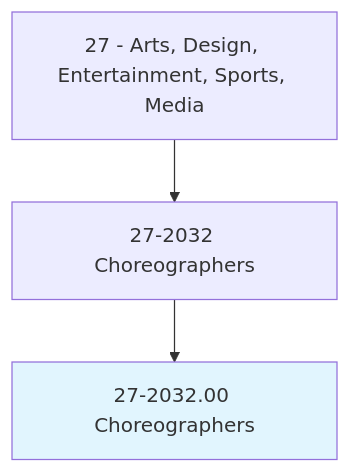
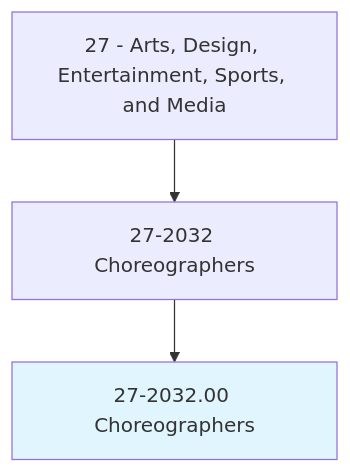
One commit to kziemski/business.org.ai changed the first of 4 diagrams in occupations/ArtsMedia/Choreographers.mdx. Above: the diagram before and after it, drawn with Mermaid. The commit also changed other lines of this file and 938 other files, not shown here.

````diff
--- a/occupations/ArtsMedia/Choreographers.mdx
+++ b/occupations/ArtsMedia/Choreographers.mdx
@@ -19,6 +23,6 @@
 ```mermaid
 graph TD
-    Cat27["27 - Arts, Design, Entertainment, Sports, Media"] --> Group272032["27-2032 Choreographers"]
+    Cat27["27 - Arts, Design, Entertainment, Sports, and Media"] --> Group272032["27-2032 Choreographers"]
     Group272032 --> Current["27-2032.00 Choreographers"]
     style Current fill:#e1f5fe
 ```
````
